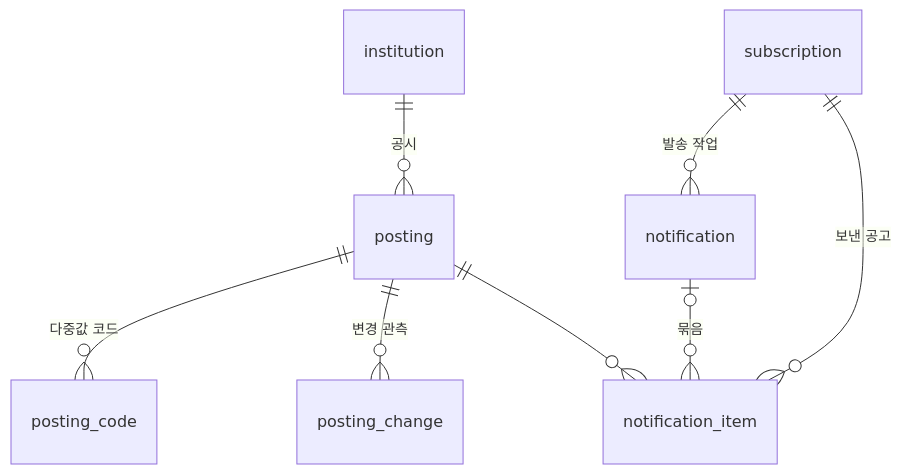
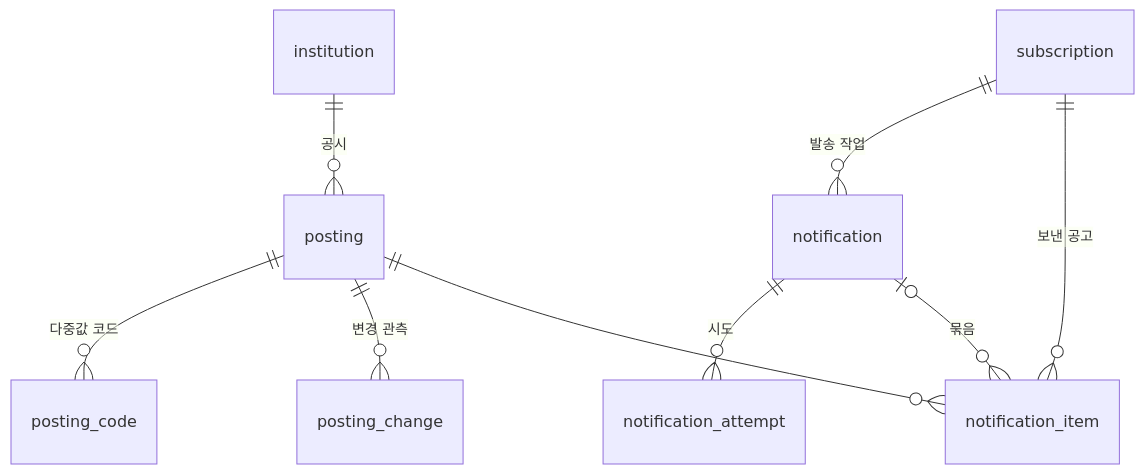
The diagram in docs/design/erd.md (Lcjam/gongchae-bell), drawn with Mermaid before and after one commit. The commit also changed other lines of this file and 59 other files, not shown here.

````diff
--- a/docs/design/erd.md
+++ b/docs/design/erd.md
@@ -7,10 +7,11 @@
 ```mermaid
 erDiagram
     institution ||--o{ posting : "공시"
     posting ||--o{ posting_code : "다중값 코드"
     posting ||--o{ posting_change : "변경 관측"
     subscription ||--o{ notification : "발송 작업"
+    notification ||--o{ notification_attempt : "시도"
     subscription ||--o{ notification_item : "보낸 공고"
     notification |o--o{ notification_item : "묶음"
     posting ||--o{ notification_item : ""
 ```
````
